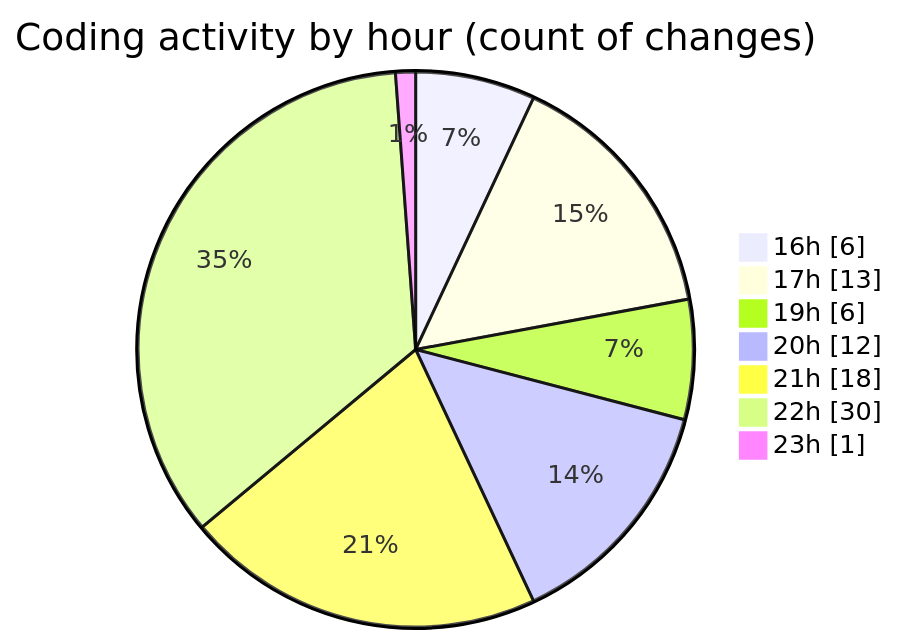
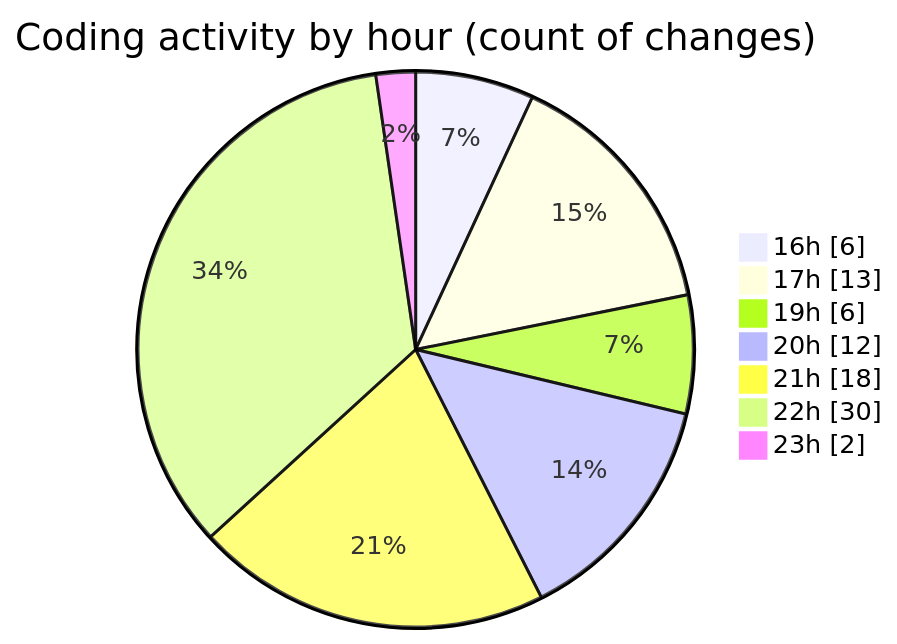
Before and after one commit to idhammustaqopulfikri/code-tracking: the second of 2 diagrams in 2025-06-22/studio-backend/README.md, drawn with Mermaid. The commit also changed other lines of this file and 1 other file, not shown here.

````diff
--- a/2025-06-22/studio-backend/README.md
+++ b/2025-06-22/studio-backend/README.md
@@ -39,11 +39,11 @@
 ```mermaid
 pie showData
 title Coding activity by hour (count of changes)
 "16h" : 6
 "17h" : 13
 "19h" : 6
 "20h" : 12
 "21h" : 18
 "22h" : 30
-"23h" : 1
+"23h" : 2
 ```
````
